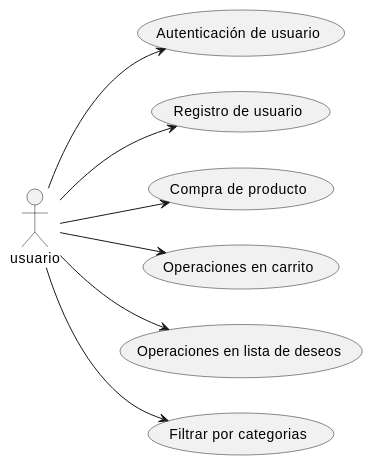
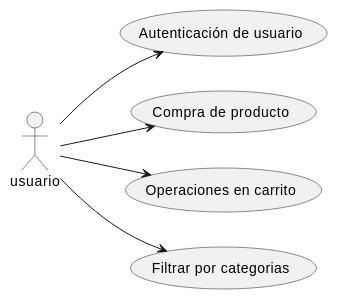
Before and after one commit to Arquisoft/dede_es1c: the diagram in docs/08_concepts.adoc, drawn with PlantUML. The commit also changed other lines of this file, not shown here.

```diff
--- a/docs/08_concepts.adoc
+++ b/docs/08_concepts.adoc
@@ -73,19 +67,15 @@
 [plantuml, "conceptos operativos",png]
 ----
 left to right direction
 usuario as ac1
 
 (Autenticación de usuario) as (a)
-(Registro de usuario) as (r)
 (Compra de producto) as (c)
 (Operaciones en carrito) as (o)
-(Operaciones en lista de deseos) as (op)
 (Filtrar por categorias) as (f)
 
 ac1 --> a
-ac1 --> r
 ac1 --> c
 ac1 --> o
-ac1 --> op
 ac1 --> f
 ----
```
